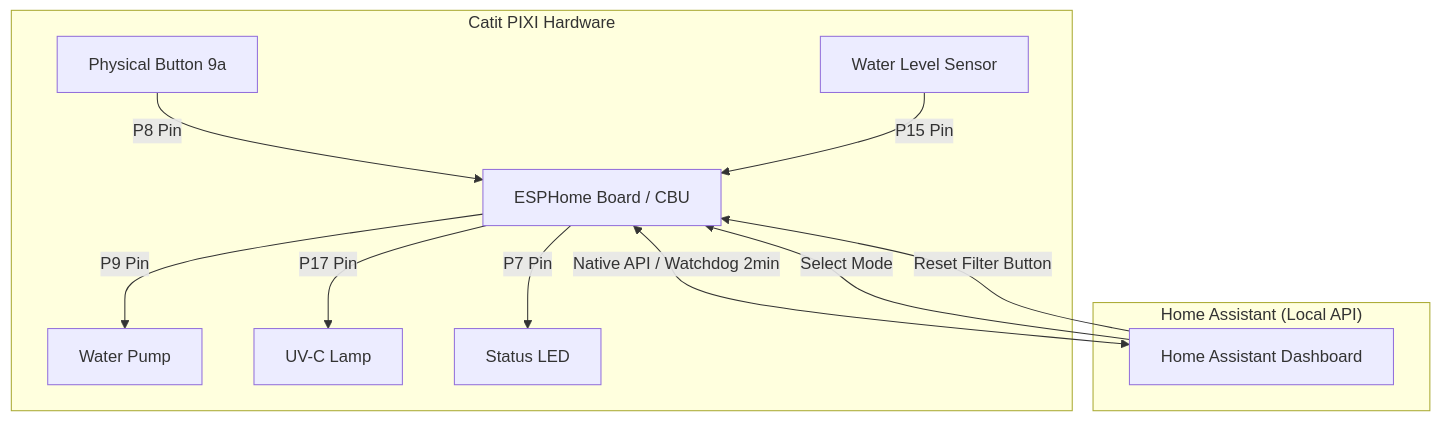
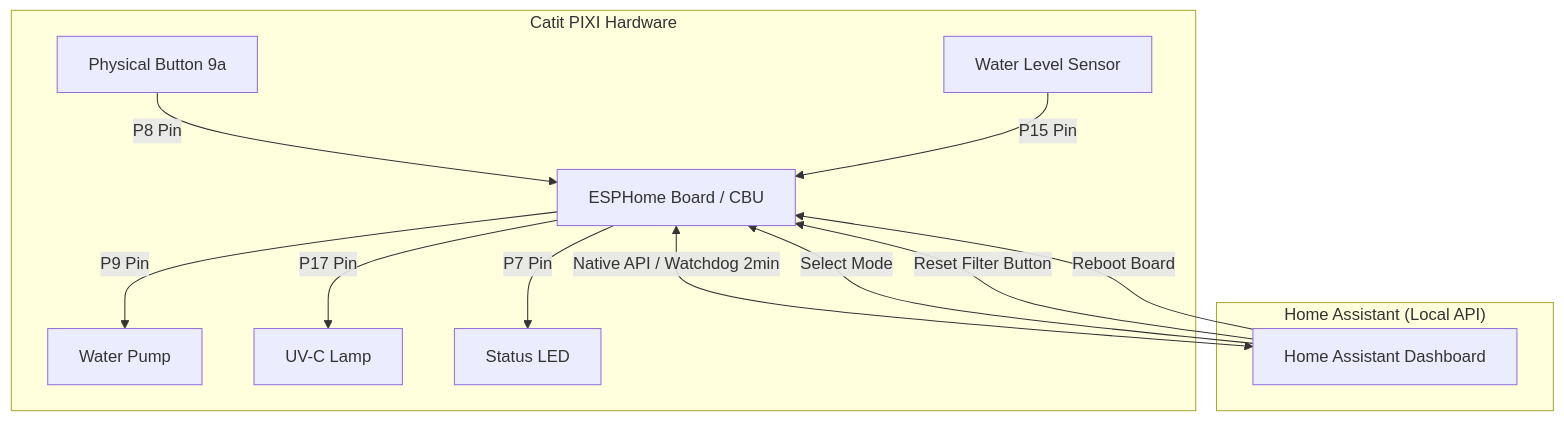
Before and after one commit to CaporalDead/esphome-catit-pixi-smart-fountain: the diagram in README.md, drawn with Mermaid. The commit also changed other lines of this file, not shown here.

First line of the commit message:
Enhance physical button actions and add reboot feature

````diff
--- a/README.md
+++ b/README.md
@@ -50,17 +50,18 @@
 ```mermaid
 graph TD
     subgraph "Catit PIXI Hardware"
         P8[Physical Button 9a] -->|P8 Pin| ESP[ESPHome Board / CBU]
         P15[Water Level Sensor] -->|P15 Pin| ESP
         ESP -->|P9 Pin| Pump[Water Pump]
         ESP -->|P17 Pin| UV[UV-C Lamp]
         ESP -->|P7 Pin| LED[Status LED]
     end
 
     subgraph "Home Assistant (Local API)"
         ESP <-->|Native API / Watchdog 2min| HA[Home Assistant Dashboard]
         HA -->|Select Mode| ESP
         HA -->|Reset Filter Button| ESP
+        HA -->|Reboot Board| ESP
     end
 
 ```
````
